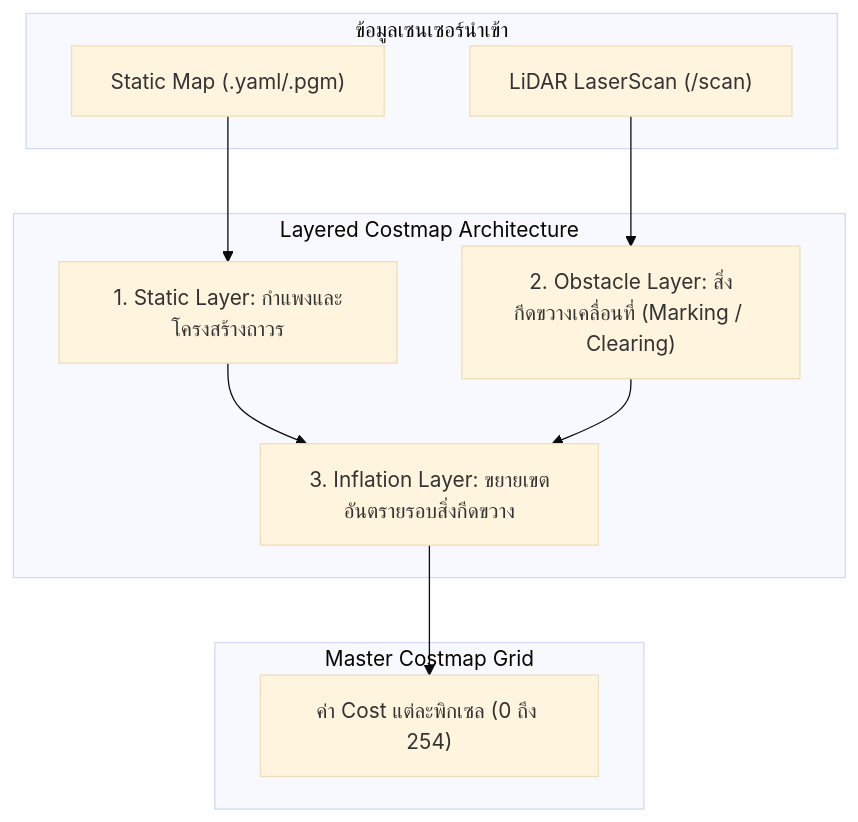
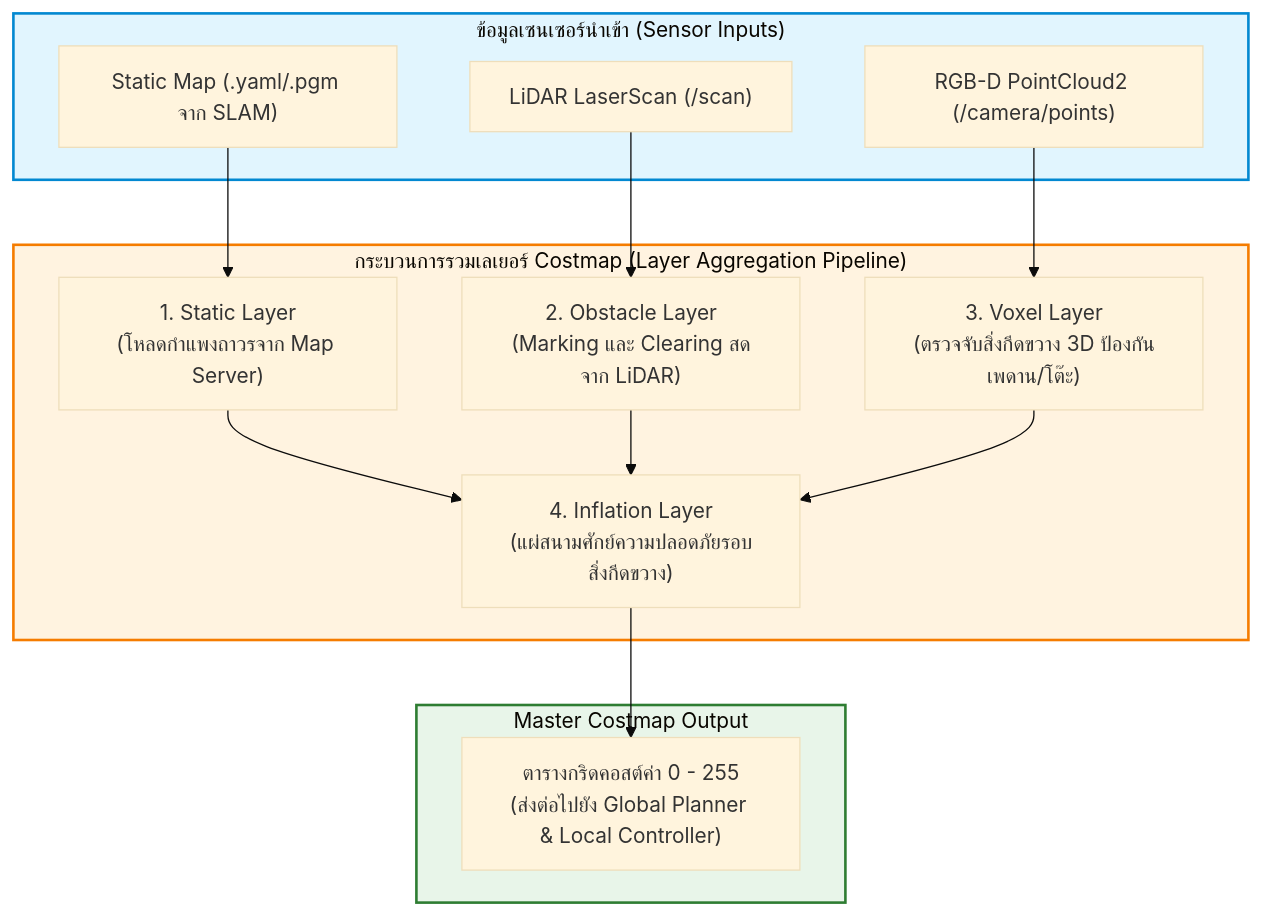
The first of 3 diagrams in Essential_ROS/Week_13_Nav2_Costmaps_Layers/Readme.md (alfaXphoori/ros2), drawn with Mermaid (base theme) before and after one commit. The commit also changed other lines of this file and 15 other files, not shown here.

````diff
--- a/Essential_ROS/Week_13_Nav2_Costmaps_Layers/Readme.md
+++ b/Essential_ROS/Week_13_Nav2_Costmaps_Layers/Readme.md
@@ -35,23 +35,31 @@
 ```mermaid
 flowchart TD
-    subgraph RawSensors ["ข้อมูลเซนเซอร์นำเข้า"]
-        StaticMap["Static Map (.yaml/.pgm)"]
+    subgraph RawSensors ["ข้อมูลเซนเซอร์นำเข้า (Sensor Inputs)"]
+        StaticMap["Static Map (.yaml/.pgm จาก SLAM)"]
         LaserScan["LiDAR LaserScan (/scan)"]
+        DepthCam["RGB-D PointCloud2 (/camera/points)"]
     end
 
-    subgraph CostmapLayers ["Layered Costmap Architecture"]
-        SL["1. Static Layer: กำแพงและโครงสร้างถาวร"]
-        OL["2. Obstacle Layer: สิ่งกีดขวางเคลื่อนที่ (Marking / Clearing)"]
-        IL["3. Inflation Layer: ขยายเขตอันตรายรอบสิ่งกีดขวาง"]
+    subgraph LayeredPipeline ["กระบวนการรวมเลเยอร์ Costmap (Layer Aggregation Pipeline)"]
+        SL["1. Static Layer<br/>(โหลดกำแพงถาวรจาก Map Server)"]
+        OL["2. Obstacle Layer<br/>(Marking และ Clearing สดจาก LiDAR)"]
+        VL["3. Voxel Layer<br/>(ตรวจจับสิ่งกีดขวาง 3D ป้องกันเพดาน/โต๊ะ)"]
+        IL["4. Inflation Layer<br/>(แผ่สนามศักย์ความปลอดภัยรอบสิ่งกีดขวาง)"]
     end
 
-    subgraph MasterGrid ["Master Costmap Grid"]
-        Values["ค่า Cost แต่ละพิกเซล (0 ถึง 254)"]
+    subgraph MasterGrid ["Master Costmap Output"]
+        Values["ตารางกริดคอสต์ค่า 0 - 255<br/>(ส่งต่อไปยัง Global Planner & Local Controller)"]
     end
 
     StaticMap --> SL
     LaserScan --> OL
+    DepthCam --> VL
     SL --> IL
     OL --> IL
+    VL --> IL
     IL --> Values
+
+    style RawSensors fill:#e1f5fe,stroke:#0288d1,stroke-width:2px
+    style LayeredPipeline fill:#fff3e0,stroke:#f57c00,stroke-width:2px
+    style MasterGrid fill:#e8f5e9,stroke:#2e7d32,stroke-width:2px
 ```
````
